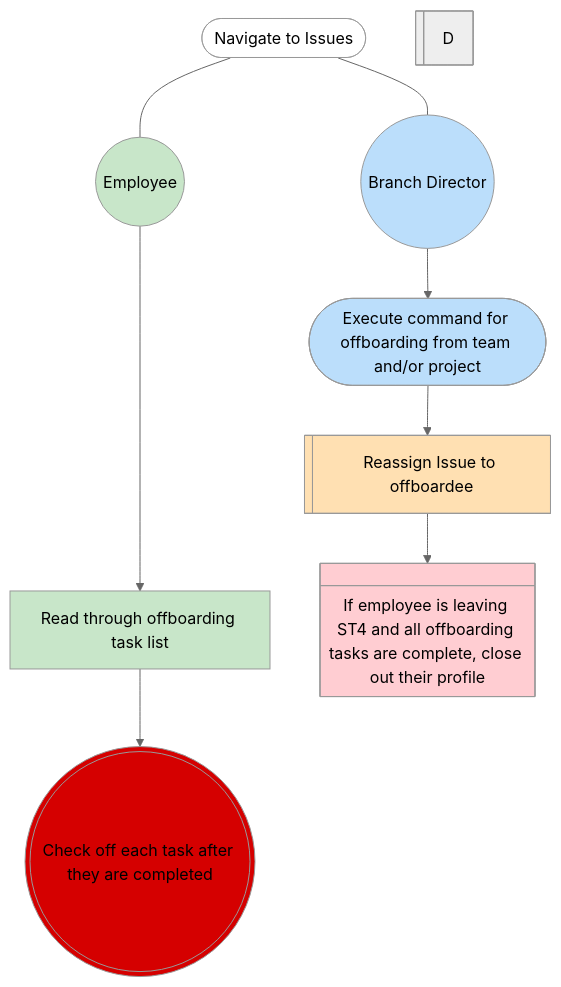
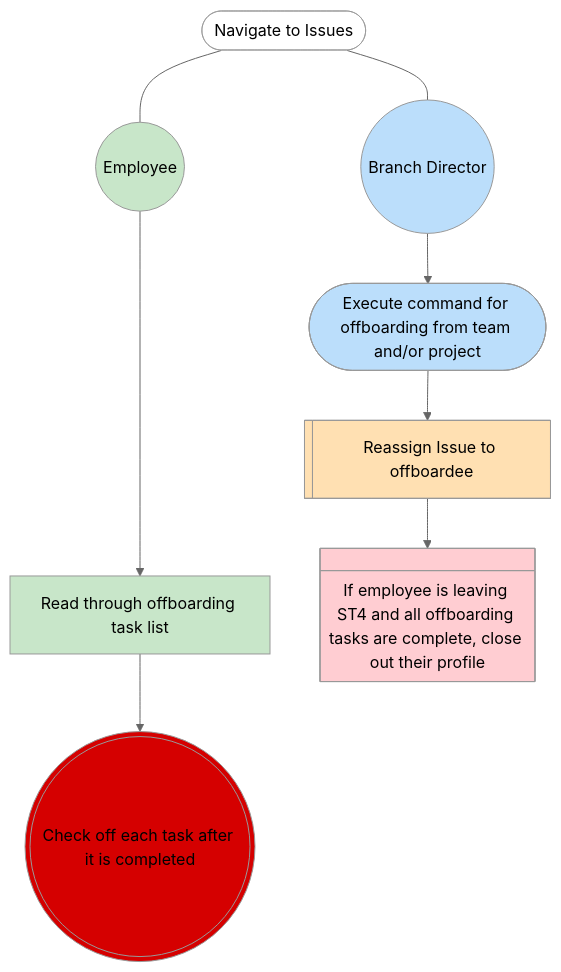
Before and after one commit to nmfs-ost/on-off-boarding: the second of 2 diagrams in getting-started.qmd, drawn with Mermaid (neutral theme).

Commit message:
Fix offboarding mermaid
remove unused D icon

Fix grammar

````diff
--- a/getting-started.qmd
+++ b/getting-started.qmd
@@ -63,23 +63,22 @@
 ```{mermaid}
 flowchart TD;
     A(["Navigate to Issues"]) --- A0(("Branch Director")) & A1(("Employee"));
     A0 --> B(["Execute command for offboarding from team and/or project"]);
     A1 ----> G["Read through offboarding task list"];
     B --> E["Reassign Issue to offboardee"];
-    G --> F["Check off each task after they are completed"];
+    G --> F["Check off each task after it is completed"];
     E --> H["If employee is leaving ST4 and all offboarding tasks are complete, close out their profile"]
 
     E@{ shape: lin-rect};
-    D@{ shape: lin-rect};
     F@{ shape: dbl-circ};
     H@{ shape: div-rect};
     style A fill:transparent;
     style A0 fill:#BBDEFB;
     style A1 fill:#C8E6C9;
     style B fill:#BBDEFB;
     style G fill:#C8E6C9;
     style E fill:#FFE0B2;
     style F fill:#D50000;
     style H fill:#FFCDD2;
     click A "https://github.com/nmfs-ost/on-off-boarding/issues";
 ```
````
